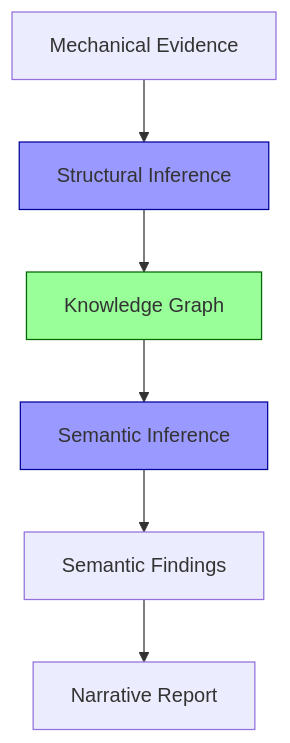
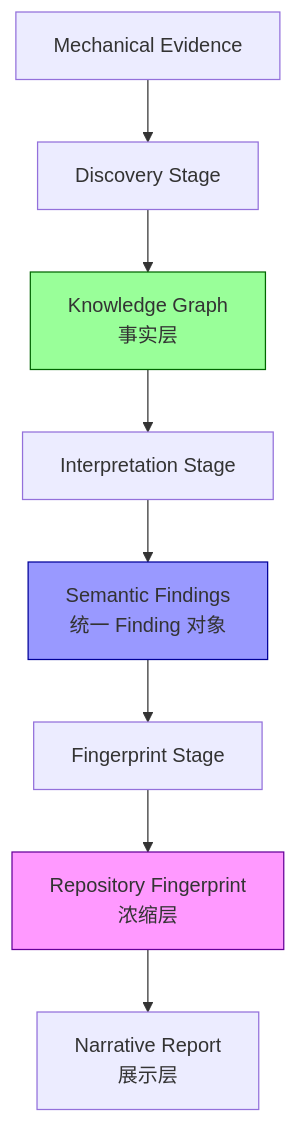
Before and after one commit to devweekly/devweekly.github.io: the diagram in .trae/skills/research-repo/plan-pipeline-v2.md, drawn with Mermaid. The commit also changed other lines of this file, not shown here.

````diff
--- a/.trae/skills/research-repo/plan-pipeline-v2.md
+++ b/.trae/skills/research-repo/plan-pipeline-v2.md
@@ -267,12 +373,14 @@
 ```mermaid
 graph TD
-    ME[Mechanical Evidence] --> SI[Structural Inference]
-    SI --> KG[Knowledge Graph]
-    KG --> SE[Semantic Inference]
-    SE --> SF[Semantic Findings]
-    SF --> NR[Narrative Report]
+    ME[Mechanical Evidence] --> DS[Discovery Stage]
+    DS --> KG[Knowledge Graph<br/>事实层]
+    KG --> IS[Interpretation Stage]
+    IS --> SF[Semantic Findings<br/>统一 Finding 对象]
+    SF --> FP[Fingerprint Stage]
+    FP --> RF[Repository Fingerprint<br/>浓缩层]
+    RF --> NR[Narrative Report<br/>展示层]
 
     style KG fill:#9f9,stroke:#060
-    style SI fill:#99f,stroke:#009
-    style SE fill:#99f,stroke:#009
+    style SF fill:#99f,stroke:#009
+    style RF fill:#f9f,stroke:#609
 ```
````
